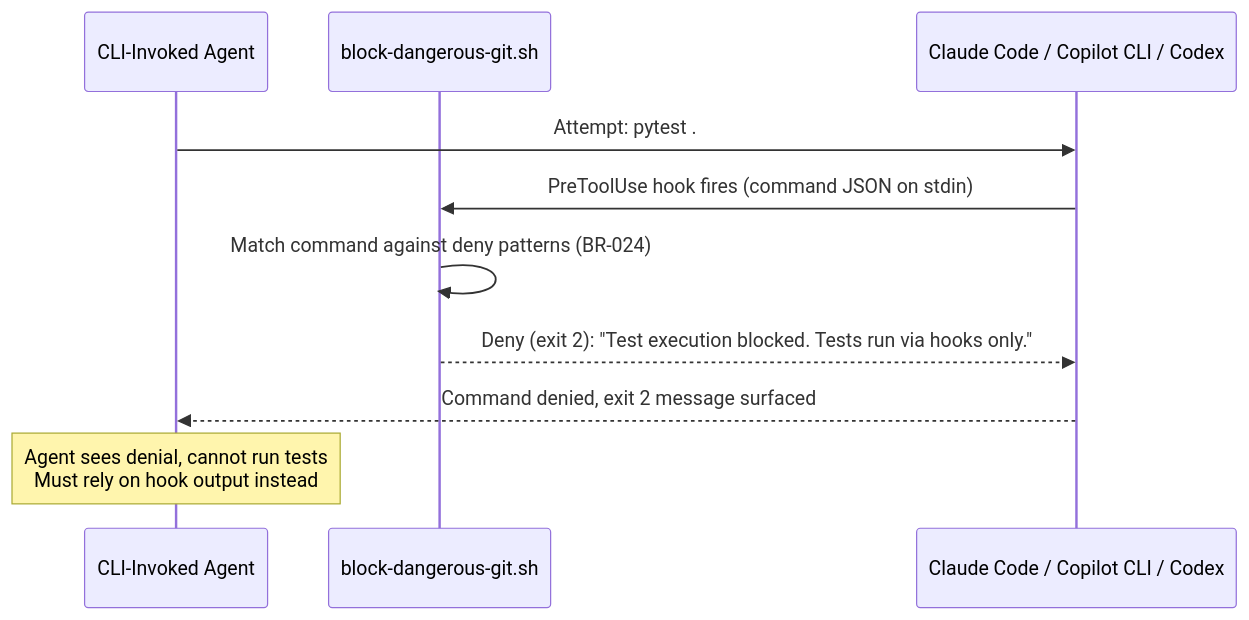
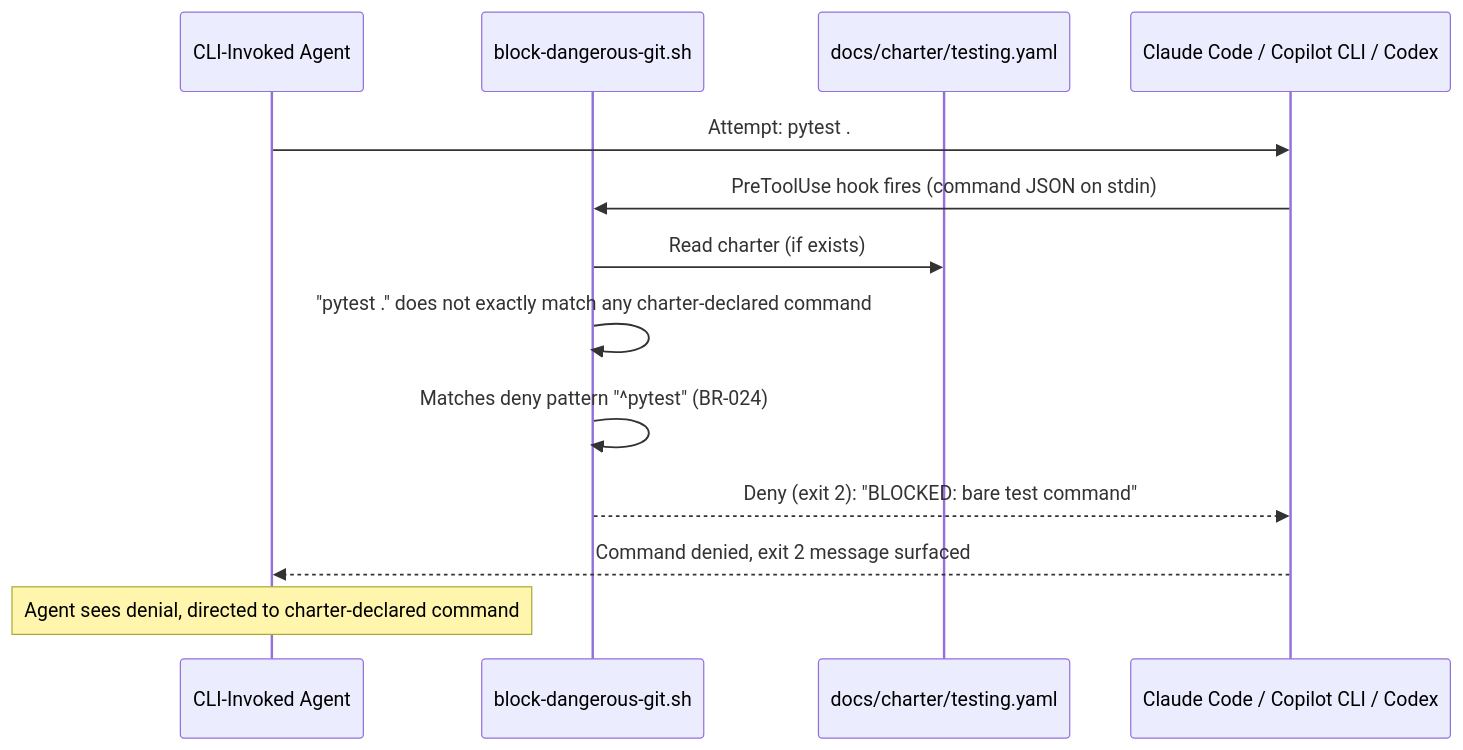
One commit to matthiasdaues/agent_factory changed the third of 6 diagrams in docs/arc42/06_runtime_view.md. Above: the diagram before and after it, drawn with Mermaid. The commit also changed other lines of this file and 23 other files, not shown here.

First line of the commit message:
docs: reconcile spec and architecture against code-as-built

````diff
--- a/docs/arc42/06_runtime_view.md
+++ b/docs/arc42/06_runtime_view.md
@@ -139,13 +64,16 @@
 ```mermaid
 sequenceDiagram
     participant A as CLI-Invoked Agent
     participant BDG as block-dangerous-git.sh
+    participant C as docs/charter/testing.yaml
     participant CLI as Claude Code / Copilot CLI / Codex
 
     A->>CLI: Attempt: pytest .
     CLI->>BDG: PreToolUse hook fires (command JSON on stdin)
-    BDG->>BDG: Match command against deny patterns (BR-024)
-    BDG-->>CLI: Deny (exit 2): "Test execution blocked. Tests run via hooks only."
+    BDG->>C: Read charter (if exists)
+    BDG->>BDG: "pytest ." does not exactly match any charter-declared command
+    BDG->>BDG: Matches deny pattern "^pytest" (BR-024)
+    BDG-->>CLI: Deny (exit 2): "BLOCKED: bare test command"
     CLI-->>A: Command denied, exit 2 message surfaced
-    Note over A: Agent sees denial, cannot run tests<br/>Must rely on hook output instead
+    Note over A: Agent sees denial, directed to charter-declared command
 ```
````
